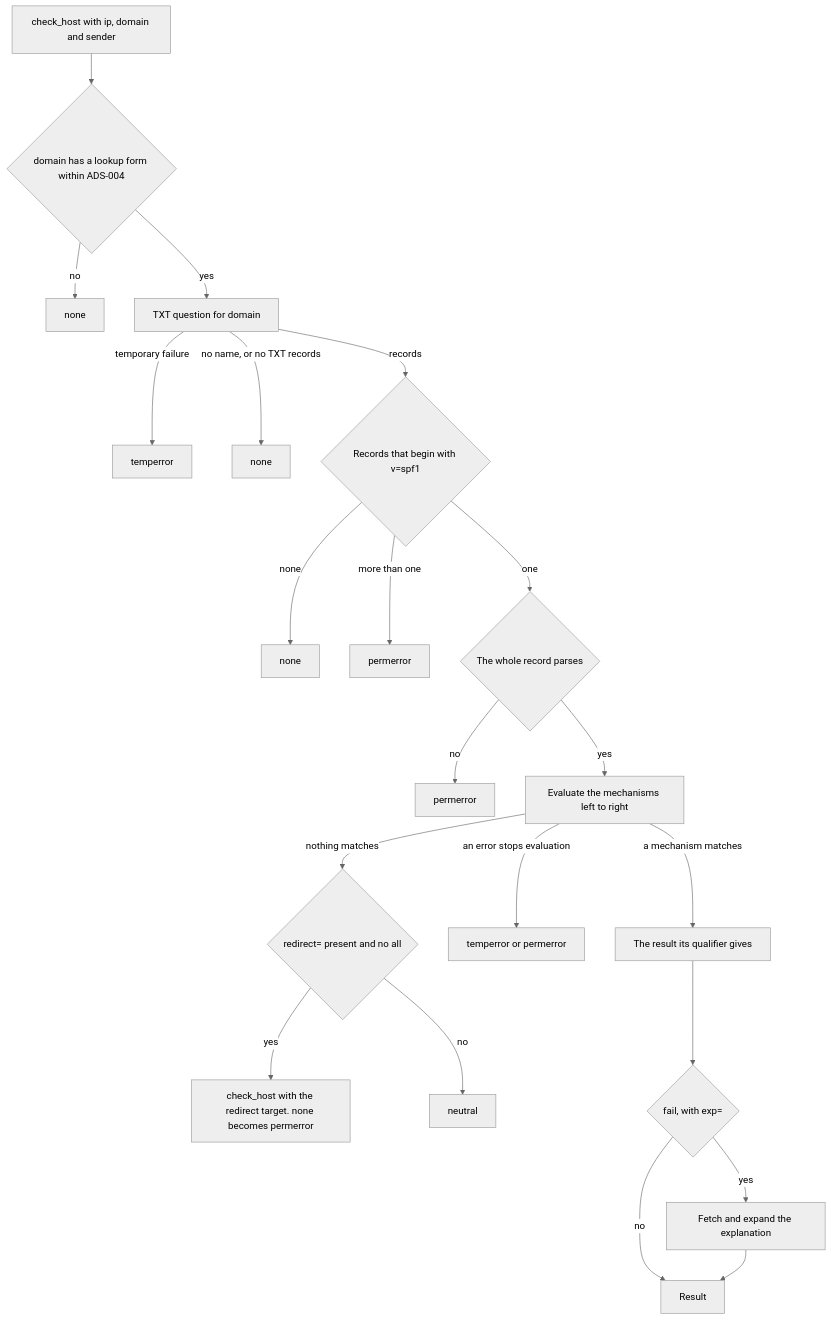
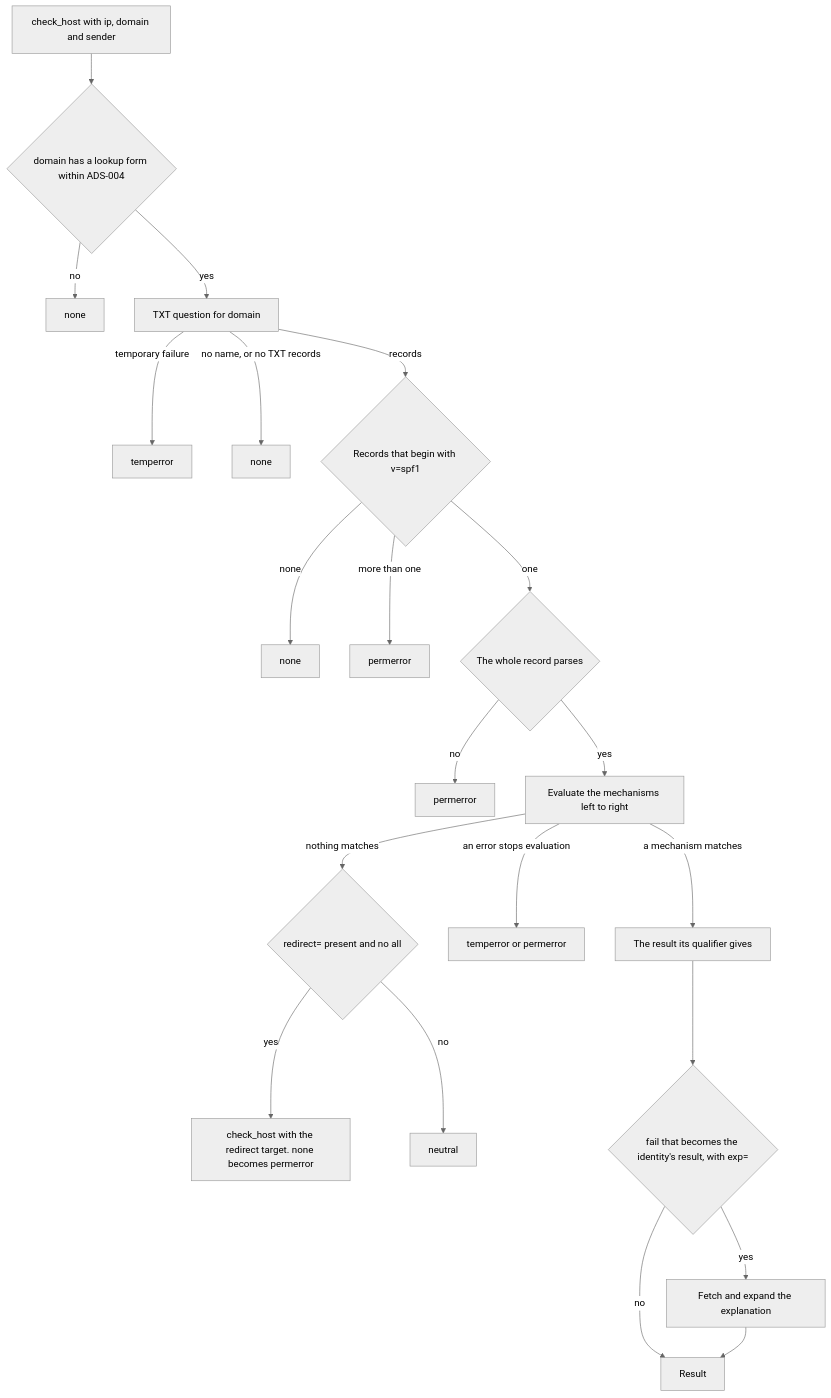
Before and after one commit to photom/hallmark: the first of 2 diagrams in docs/reference/design/spf.md, drawn with Mermaid (neutral theme). The commit also changed other lines of this file and 45 other files, not shown here.

````diff
--- a/docs/reference/design/spf.md
+++ b/docs/reference/design/spf.md
@@ -27,23 +27,23 @@
 ```mermaid
 flowchart TD
     start["check_host with ip, domain and sender"] --> valid{"domain has a lookup form within ADS-004"}
     valid -->|"no"| none1["none"]
     valid -->|"yes"| ask["TXT question for domain"]
     ask -->|"temporary failure"| temp["temperror"]
     ask -->|"no name, or no TXT records"| none2["none"]
     ask -->|"records"| select{"Records that begin with v=spf1"}
     select -->|"none"| none3["none"]
     select -->|"more than one"| perm1["permerror"]
     select -->|"one"| parse{"The whole record parses"}
     parse -->|"no"| perm2["permerror"]
     parse -->|"yes"| terms["Evaluate the mechanisms left to right"]
     terms -->|"a mechanism matches"| qual["The result its qualifier gives"]
     terms -->|"an error stops evaluation"| err["temperror or permerror"]
     terms -->|"nothing matches"| redir{"redirect= present and no all"}
     redir -->|"yes"| sub["check_host with the redirect target. none becomes permerror"]
     redir -->|"no"| neutral["neutral"]
-    qual --> exp{"fail, with exp="}
+    qual --> exp{"fail that becomes the identity's result, with exp="}
     exp -->|"yes"| explain["Fetch and expand the explanation"]
     exp -->|"no"| done["Result"]
     explain --> done
 ```
````
